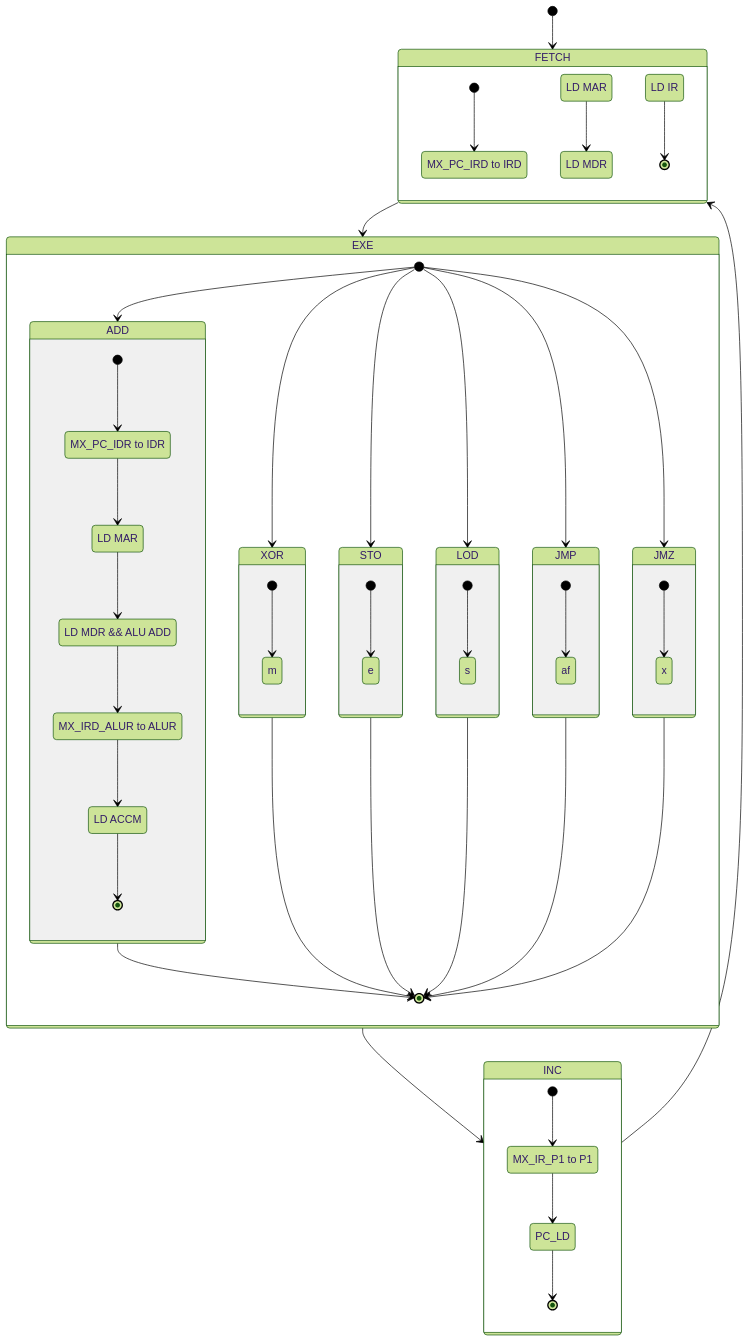
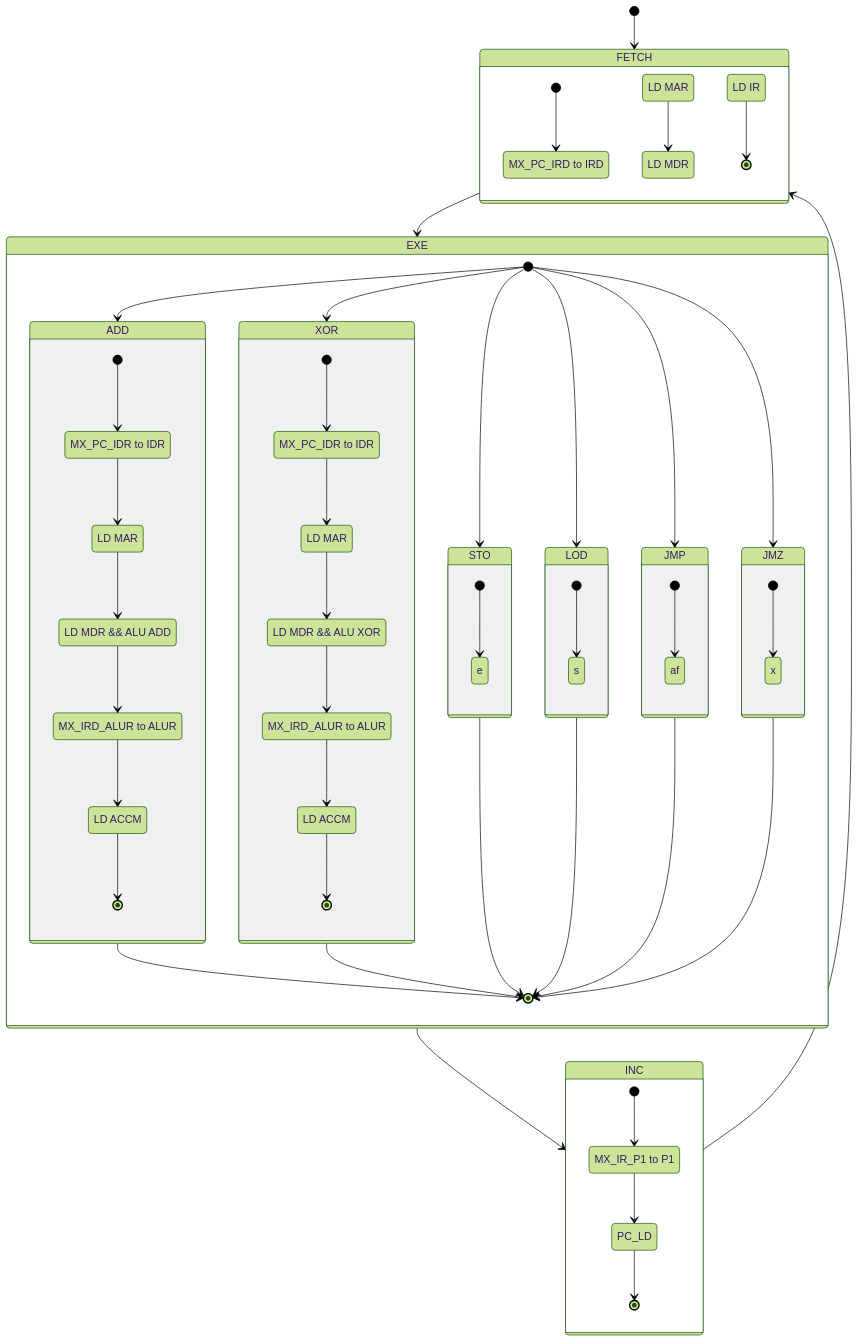
One commit to hexmaster111/LittleCpuVhdl changed the diagram in readme.md. Above: the diagram before and after it, drawn with Mermaid (forest theme).

```diff
--- a/readme.md
+++ b/readme.md
@@ -67,7 +67,17 @@
     }
 
     state XOR {
-        [*] --> m
+        X0 : MX_PC_IDR to IDR
+        X1 : LD MAR
+        X2 : LD MDR && ALU XOR
+        X3 : MX_IRD_ALUR to ALUR
+        X4 : LD ACCM
+        [*] --> X0
+        X0 --> X1
+        X1 --> X2
+        X2 --> X3
+        X3 --> X4
+        X4 --> [*]
     }
 
     state STO {
```
